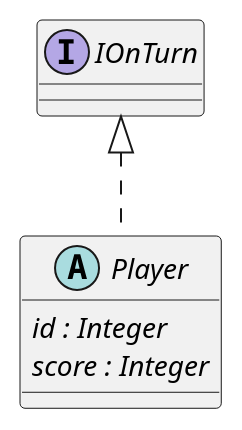
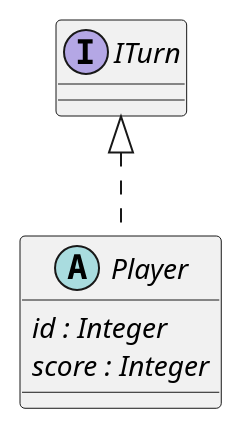
One commit to Petya-G/fungorium changed the diagram in 5/classes/player/player.puml. Above: the diagram before and after it, drawn with PlantUML. The commit also changed 2 other files, not shown here.

```diff
--- a/5/classes/player/player.puml
+++ b/5/classes/player/player.puml
@@ -1,8 +1,8 @@
 @startuml player
 
-abstract class Player implements IOnTurn{
+abstract class Player implements ITurn{
     {abstract} id : Integer
     {abstract} score : Integer
 }
 
 @enduml
```
